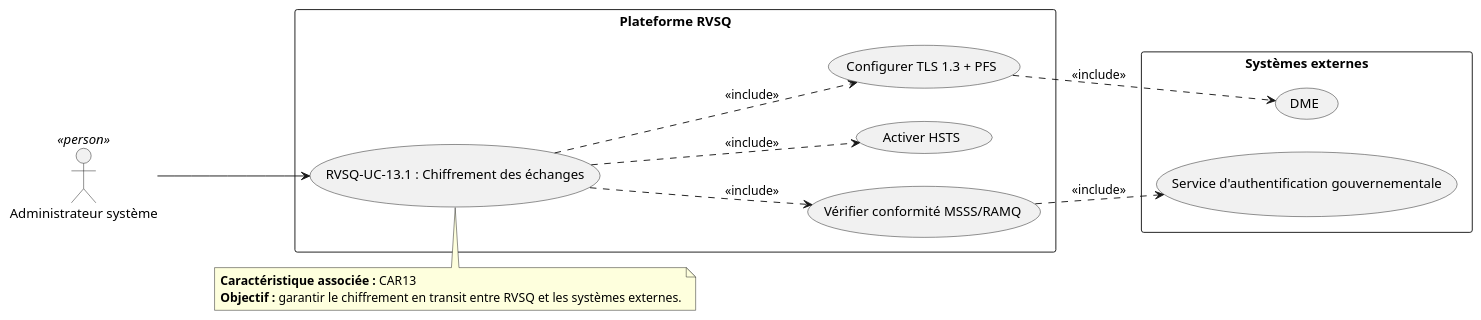
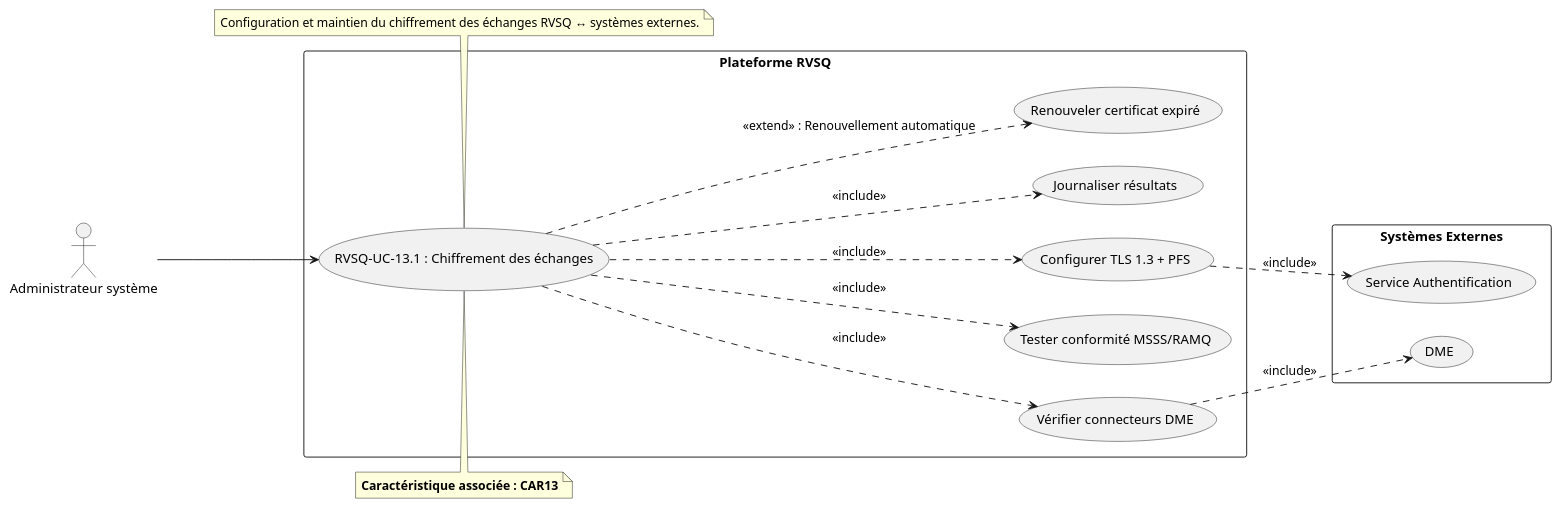
Before and after one commit to serghino/use-cases-RVSQ: the diagram in RVSQ-UC-13_1_Chiffrement_Echanges.puml, drawn with PlantUML. The commit also changed 23 other files, not shown here.

Commit message:
fix(B04,B06,B09): fix .md structure and add excludes when applicable to the diagrams

```diff
--- a/RVSQ-UC-13_1_Chiffrement_Echanges.puml
+++ b/RVSQ-UC-13_1_Chiffrement_Echanges.puml
@@ -1,30 +1,36 @@
 @startuml RVSQ-UC-13_1_Chiffrement_Echanges
 left to right direction
 
-actor "Administrateur système" as Admin <<person>>
-
+actor "Administrateur système" as Admin
 rectangle "Plateforme RVSQ" {
   usecase "RVSQ-UC-13.1 : Chiffrement des échanges" as UC131
   usecase "Configurer TLS 1.3 + PFS" as UC131_A
-  usecase "Activer HSTS" as UC131_B
-  usecase "Vérifier conformité MSSS/RAMQ" as UC131_C
+  usecase "Tester conformité MSSS/RAMQ" as UC131_B
+  usecase "Vérifier connecteurs DME" as UC131_C
+  usecase "Journaliser résultats" as UC131_D
+  usecase "Renouveler certificat expiré" as UC131_E
 }
 
-rectangle "Systèmes externes" {
+rectangle "Systèmes Externes" {
   usecase "DME" as DME
-  usecase "Service d'authentification gouvernementale" as SAG
+  usecase "Service Authentification" as SAG
 }
 
 Admin --> UC131
 UC131 ..> UC131_A : <<include>>
 UC131 ..> UC131_B : <<include>>
 UC131 ..> UC131_C : <<include>>
+UC131 ..> UC131_D : <<include>>
+UC131 ..> UC131_E : <<extend>> : Renouvellement automatique
 
-UC131_A ..> DME : <<include>>
-UC131_C ..> SAG : <<include>>
+UC131_A ..> SAG : <<include>>
+UC131_C ..> DME : <<include>>
 
 note top of UC131
-  **Caractéristique associée :** CAR13  
-  **Objectif :** garantir le chiffrement en transit entre RVSQ et les systèmes externes.
+  **Caractéristique associée : CAR13**
+end note
+
+note bottom of UC131
+  Configuration et maintien du chiffrement des échanges RVSQ ↔ systèmes externes.
 end note
 @enduml
```
